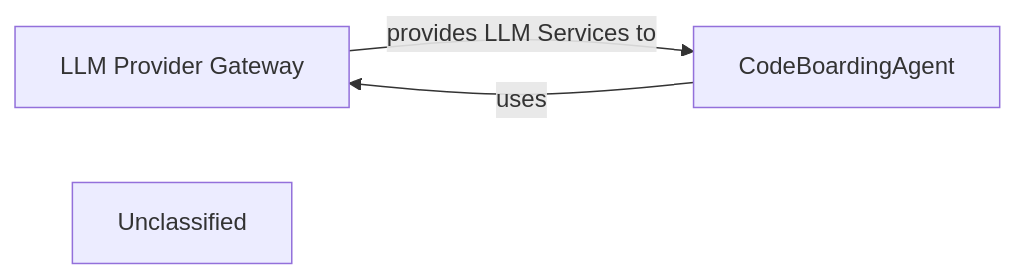
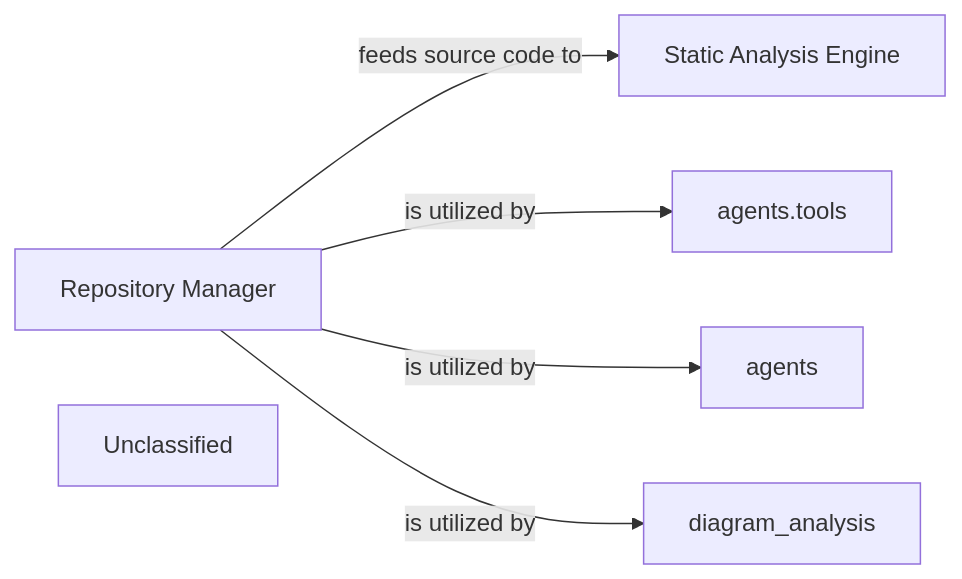
Before and after one commit to CodeBoarding/CodeBoarding: the fifth of 7 diagrams in docs/development/architecture.md, drawn with Mermaid. The commit also changed other lines of this file and 19 other files, not shown here.

First line of the commit message:
docs: update codeboarding documentation and generate architecture

````diff
--- a/docs/development/architecture.md
+++ b/docs/development/architecture.md
@@ -313,9 +287,15 @@
 ```mermaid
 graph LR
-    LLM_Provider_Gateway["LLM Provider Gateway"]
-    CodeBoardingAgent["CodeBoardingAgent"]
+    Repository_Manager["Repository Manager"]
+    Static_Analysis_Engine["Static Analysis Engine"]
+    agents_tools["agents.tools"]
+    agents["agents"]
+    diagram_analysis["diagram_analysis"]
     Unclassified["Unclassified"]
-    CodeBoardingAgent -- "uses" --> LLM_Provider_Gateway
-    LLM_Provider_Gateway -- "provides LLM Services to" --> CodeBoardingAgent
-    click LLM_Provider_Gateway href "https://github.com/CodeBoarding/CodeBoarding/blob/main/.codeboarding/LLM_Provider_Gateway.md" "Details"
+    Repository_Manager -- "feeds source code to" --> Static_Analysis_Engine
+    Repository_Manager -- "is utilized by" --> agents_tools
+    Repository_Manager -- "is utilized by" --> agents
+    Repository_Manager -- "is utilized by" --> diagram_analysis
+    click Repository_Manager href "https://github.com/CodeBoarding/CodeBoarding/blob/main/.codeboarding/Repository_Manager.md" "Details"
+    click Static_Analysis_Engine href "https://github.com/CodeBoarding/CodeBoarding/blob/main/.codeboarding/Static_Analysis_Engine.md" "Details"
 ```
````
